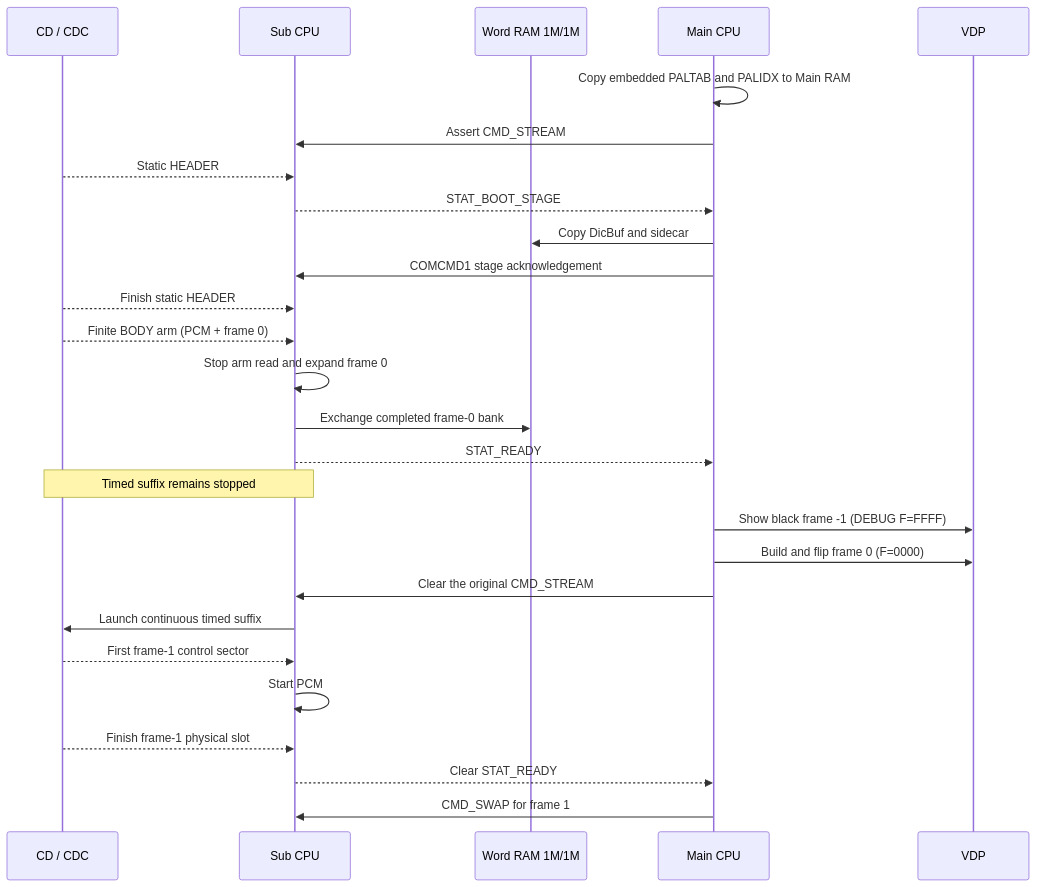
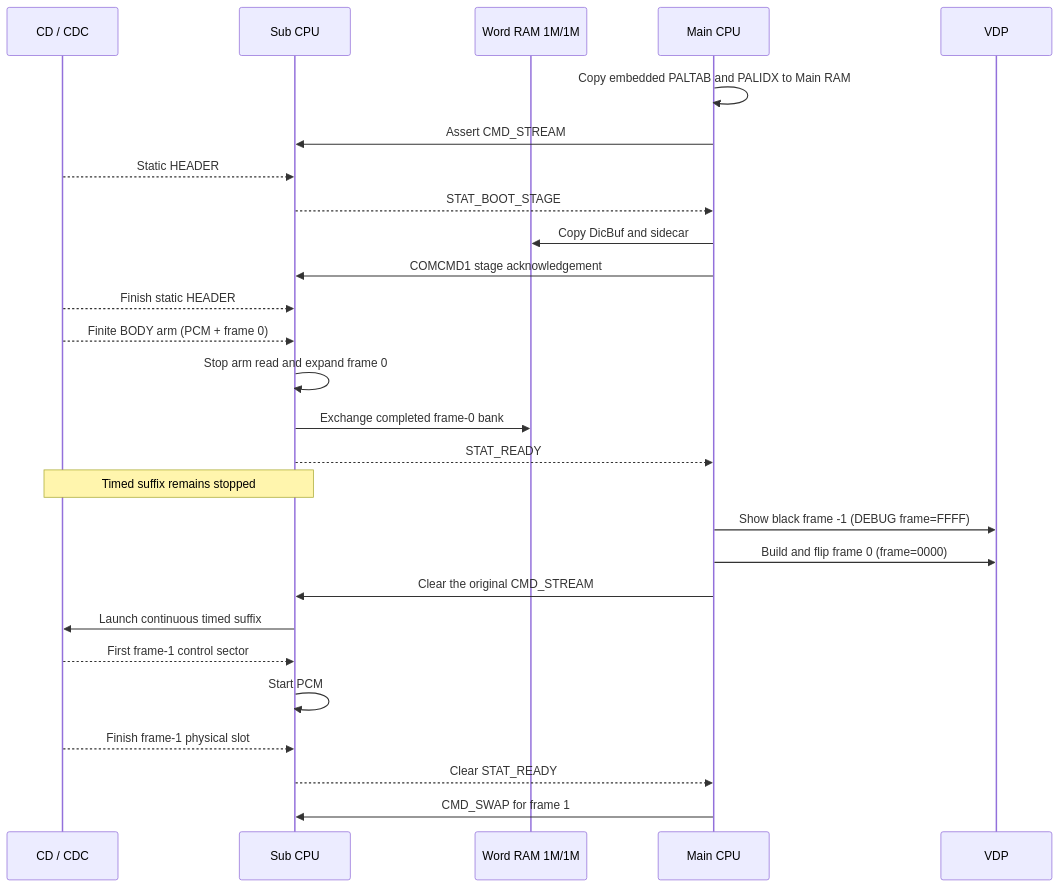
The first of 4 diagrams in PLAYER.md (akiyan/segacd-fmv-cavc), drawn with Mermaid before and after one commit. The commit also changed other lines of this file and 61 other files, not shown here.

````diff
--- a/PLAYER.md
+++ b/PLAYER.md
@@ -219,30 +219,30 @@
 ```mermaid
 sequenceDiagram
     participant CD as CD / CDC
     participant S as Sub CPU
     participant W as Word RAM 1M/1M
     participant M as Main CPU
     participant V as VDP
 
     M->>M: Copy embedded PALTAB and PALIDX to Main RAM
     M->>S: Assert CMD_STREAM
     CD-->>S: Static HEADER
     S-->>M: STAT_BOOT_STAGE
     M->>W: Copy DicBuf and sidecar
     M->>S: COMCMD1 stage acknowledgement
     CD-->>S: Finish static HEADER
     CD-->>S: Finite BODY arm (PCM + frame 0)
     S->>S: Stop arm read and expand frame 0
     S->>W: Exchange completed frame-0 bank
     S-->>M: STAT_READY
     Note over S,CD: Timed suffix remains stopped
-    M->>V: Show black frame -1 (DEBUG F=FFFF)
-    M->>V: Build and flip frame 0 (F=0000)
+    M->>V: Show black frame -1 (DEBUG frame=FFFF)
+    M->>V: Build and flip frame 0 (frame=0000)
     M->>S: Clear the original CMD_STREAM
     S->>CD: Launch continuous timed suffix
     CD-->>S: First frame-1 control sector
     S->>S: Start PCM
     CD-->>S: Finish frame-1 physical slot
     S-->>M: Clear STAT_READY
     M->>S: CMD_SWAP for frame 1
 ```
````
